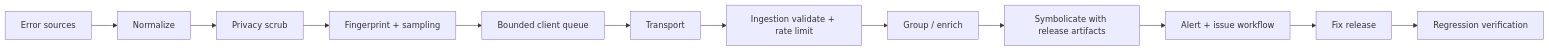
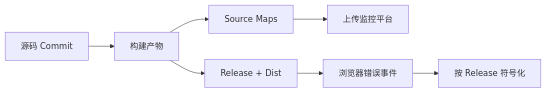
The diagram in docs/frontend/sentry-sourcemap.md (upJiang/jiang-blog-vitepress), drawn with Mermaid before and after one commit. The commit also changed other lines of this file and 164 other files, not shown here.

````diff
--- a/docs/frontend/sentry-sourcemap.md
+++ b/docs/frontend/sentry-sourcemap.md
@@ -19,14 +20,9 @@
 ```mermaid
 flowchart LR
-  S[Error sources] --> N[Normalize]
-  N --> P[Privacy scrub]
-  P --> F[Fingerprint + sampling]
-  F --> Q[Bounded client queue]
-  Q --> T[Transport]
-  T --> I[Ingestion validate + rate limit]
-  I --> G[Group / enrich]
-  G --> SM[Symbolicate with release artifacts]
-  SM --> A[Alert + issue workflow]
-  A --> R[Fix release]
-  R --> V[Regression verification]
+  C[源码 Commit] --> B[构建产物]
+  B --> R[Release + Dist]
+  B --> M[Source Maps]
+  M --> U[上传监控平台]
+  R --> E[浏览器错误事件]
+  E --> S[按 Release 符号化]
 ```
````
